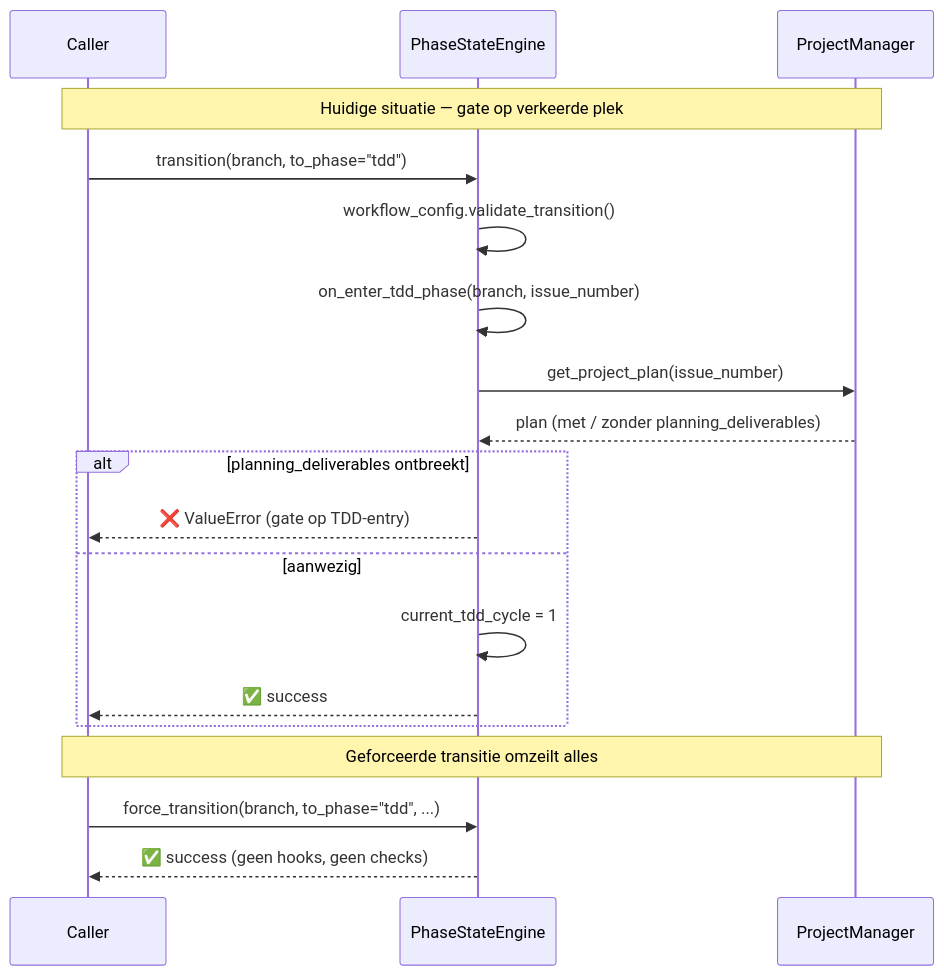
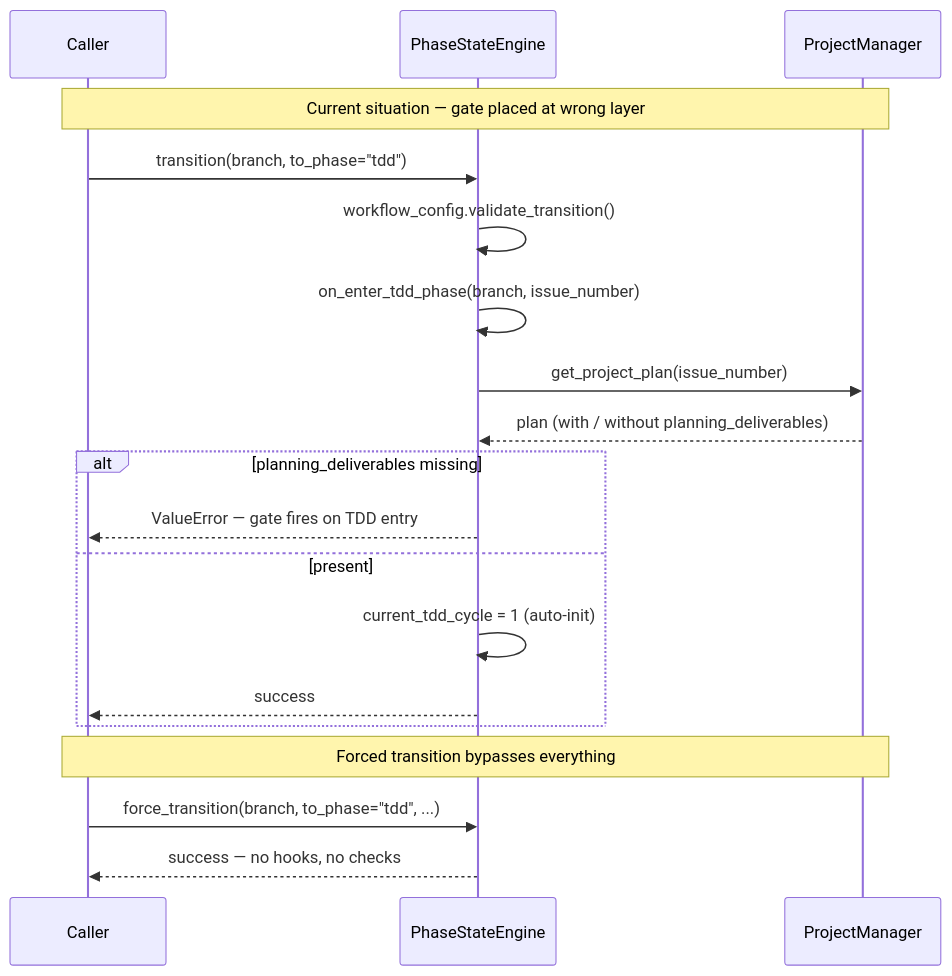
Before and after one commit to MikeyVK/S1mpleTraderV3: the diagram in docs/development/issue229/research.md, drawn with Mermaid. The commit also changed other lines of this file, not shown here.

````diff
--- a/docs/development/issue229/research.md
+++ b/docs/development/issue229/research.md
@@ -60,25 +63,25 @@
 ```mermaid
 sequenceDiagram
     participant Caller
     participant PSE as PhaseStateEngine
     participant PM as ProjectManager
 
-    Note over Caller,PM: Huidige situatie — gate op verkeerde plek
+    Note over Caller,PM: Current situation — gate placed at wrong layer
 
     Caller->>PSE: transition(branch, to_phase="tdd")
     PSE->>PSE: workflow_config.validate_transition()
     PSE->>PSE: on_enter_tdd_phase(branch, issue_number)
     PSE->>PM: get_project_plan(issue_number)
-    PM-->>PSE: plan (met / zonder planning_deliverables)
-    alt planning_deliverables ontbreekt
-        PSE-->>Caller: ❌ ValueError (gate op TDD-entry)
-    else aanwezig
-        PSE->>PSE: current_tdd_cycle = 1
-        PSE-->>Caller: ✅ success
+    PM-->>PSE: plan (with / without planning_deliverables)
+    alt planning_deliverables missing
+        PSE-->>Caller: ValueError — gate fires on TDD entry
+    else present
+        PSE->>PSE: current_tdd_cycle = 1 (auto-init)
+        PSE-->>Caller: success
     end
 
-    Note over Caller,PM: Geforceerde transitie omzeilt alles
+    Note over Caller,PM: Forced transition bypasses everything
 
     Caller->>PSE: force_transition(branch, to_phase="tdd", ...)
-    PSE-->>Caller: ✅ success (geen hooks, geen checks)
+    PSE-->>Caller: success — no hooks, no checks
 ```
````
